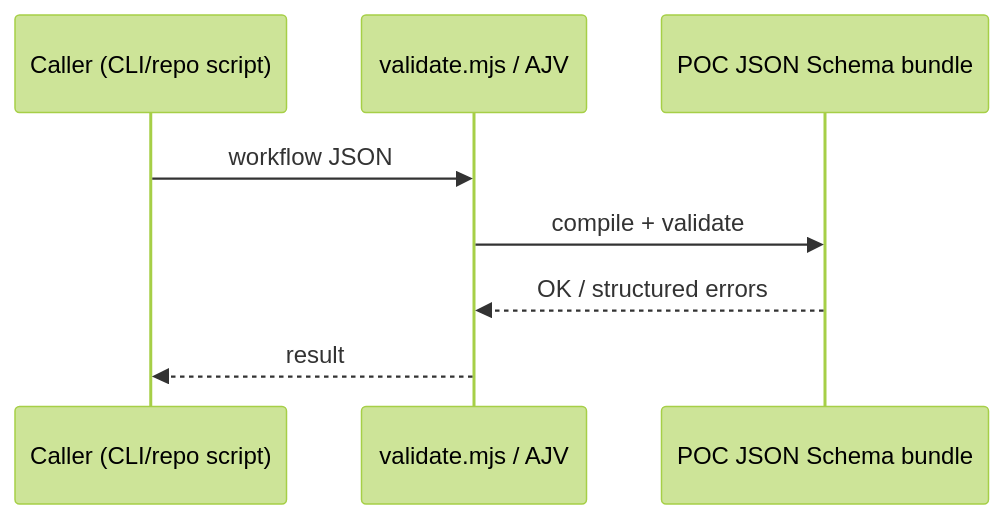
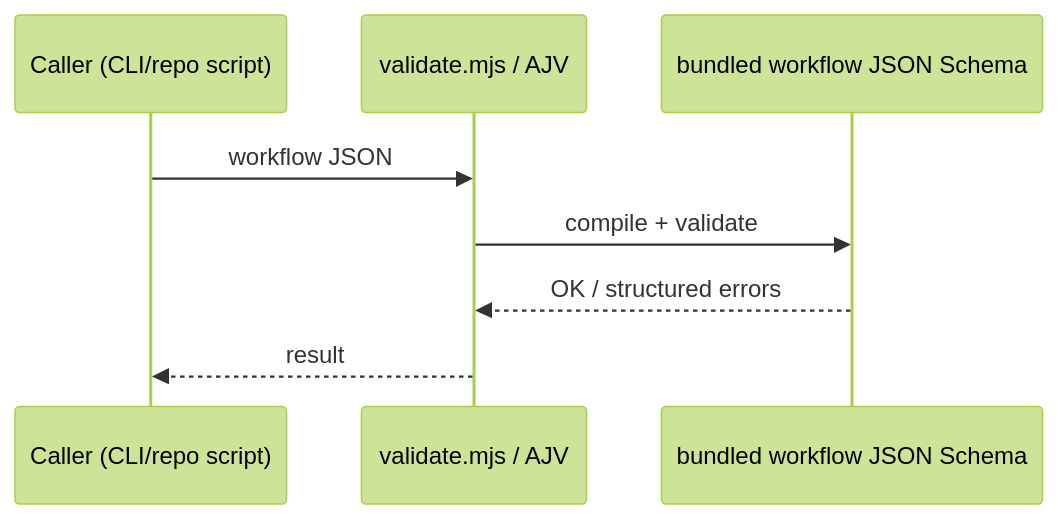
Before and after one commit to benvdbergh/workflows: the first of 2 diagrams in docs/architecture/arc42/06-runtime-view.md, drawn with Mermaid (forest theme). The commit also changed other lines of this file and 41 other files, not shown here.

````diff
--- a/docs/architecture/arc42/06-runtime-view.md
+++ b/docs/architecture/arc42/06-runtime-view.md
@@ -5,10 +5,10 @@
 ```mermaid
 sequenceDiagram
   participant Caller as Caller (CLI/repo script)
   participant Val as validate.mjs / AJV
-  participant SCH as POC JSON Schema bundle
+  participant SCH as bundled workflow JSON Schema
   Caller->>Val: workflow JSON
   Val->>SCH: compile + validate
   SCH-->>Val: OK / structured errors
   Val-->>Caller: result
 ```
````
